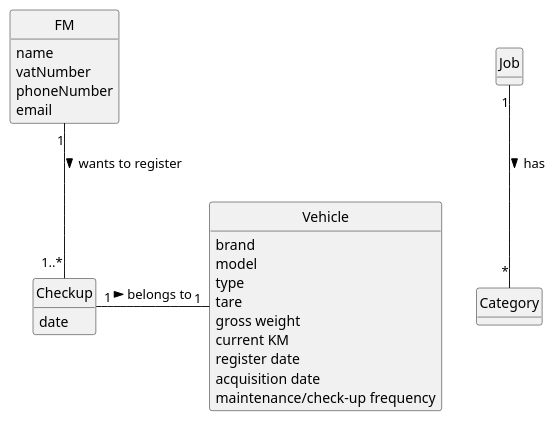
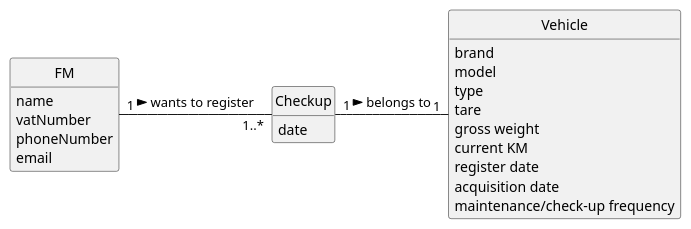
The diagram in docs/sprintA/us007/02.analysis/puml/us007-domain-model.puml (tiagosoa/lei-24-s2-1dgh-g073), drawn with PlantUML before and after one commit. The commit also changed 21 other files, not shown here.

```diff
--- a/docs/sprintA/us007/02.analysis/puml/us007-domain-model.puml
+++ b/docs/sprintA/us007/02.analysis/puml/us007-domain-model.puml
@@ -1,48 +1,47 @@
 @startuml
 skinparam monochrome true
 skinparam packageStyle rectangle
 skinparam shadowing false
 
 'left to right direction
 
 skinparam classAttributeIconSize 0
 
 hide circle
 hide methods
 
 'title Domain Model
 
 'class Platform {
 '  -description
 '}
 
 class FM {
     name
     vatNumber
     phoneNumber
     email
 }
 
 class Checkup {
     date
 }
 
 class Vehicle {
     brand
     model
     type
     tare
     gross weight
     current KM
     register date
     acquisition date
     maintenance/check-up frequency
 }
 
 'Platform "1" -- "*" HRM : has registered >
-Job "1" -- "*" Category : has >
-FM "1" -- "1..*" Checkup : wants to register >
+FM "1" - "1..*" Checkup : wants to register >
 'Task "*" -- "1" Employee: created by >
 Checkup "1" - "1" Vehicle: belongs to >
 'Employee "0..1" -- "1" User: acts as >
 @enduml
```
